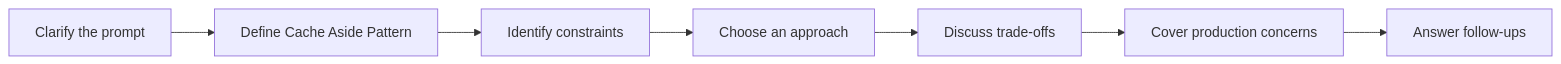
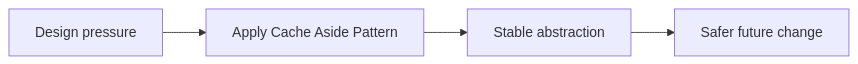
Before and after one commit to abstractinterviews/abstractinterviews.github.io: the fourth of 4 diagrams in components/caching/cache-aside-pattern/index.md, drawn with Mermaid. The commit also changed other lines of this file and 278 other files, not shown here.

````diff
--- a/components/caching/cache-aside-pattern/index.md
+++ b/components/caching/cache-aside-pattern/index.md
@@ -170,9 +215,6 @@
-~~~mermaid
+```mermaid
 flowchart LR
-    A["Clarify the prompt"] --> B["Define Cache Aside Pattern"]
-    B --> C["Identify constraints"]
-    C --> D["Choose an approach"]
-    D --> E["Discuss trade-offs"]
-    E --> F["Cover production concerns"]
-    F --> G["Answer follow-ups"]
-~~~
+    Smell["Design pressure"] --> Pattern["Apply Cache Aside Pattern"]
+    Pattern --> Boundary["Stable abstraction"]
+    Boundary --> Change["Safer future change"]
+```
````
